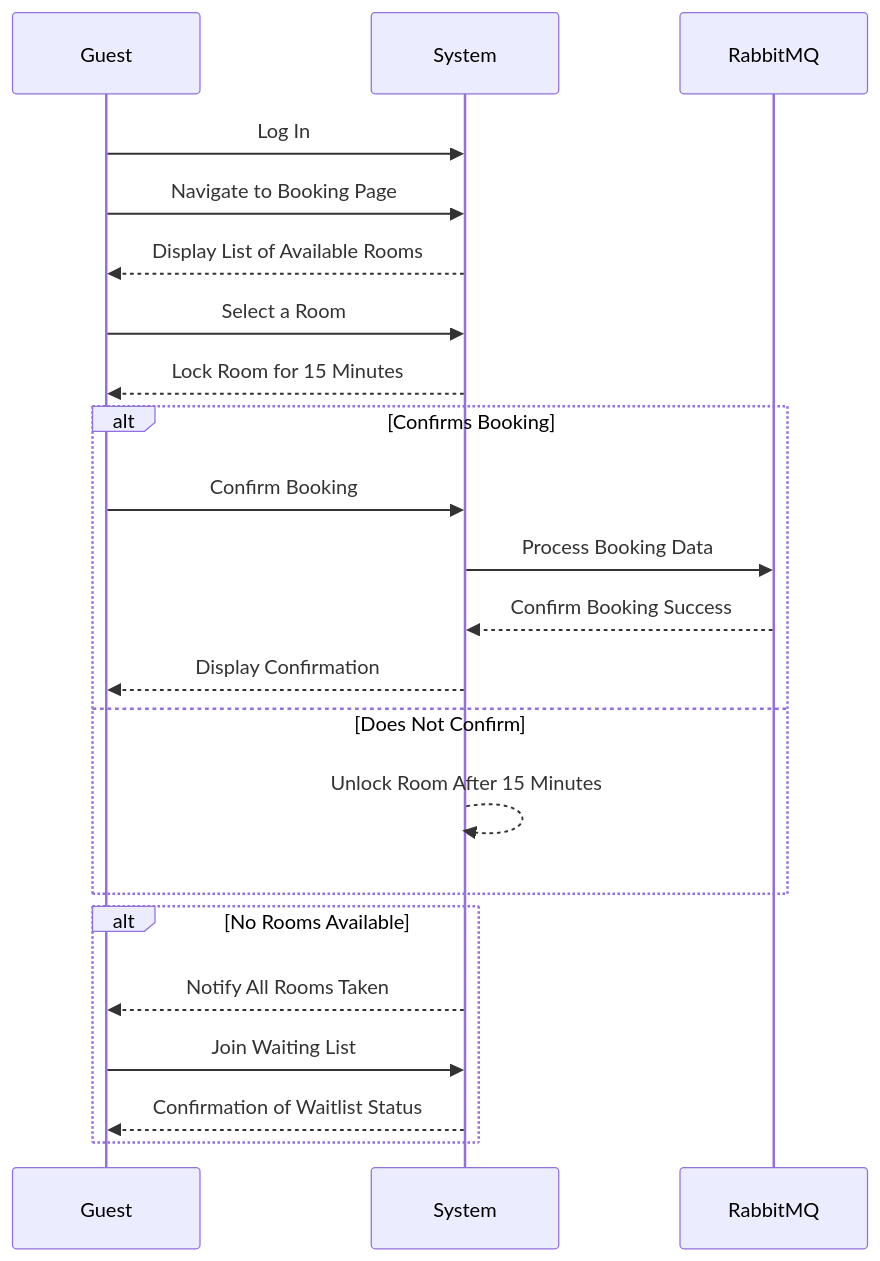
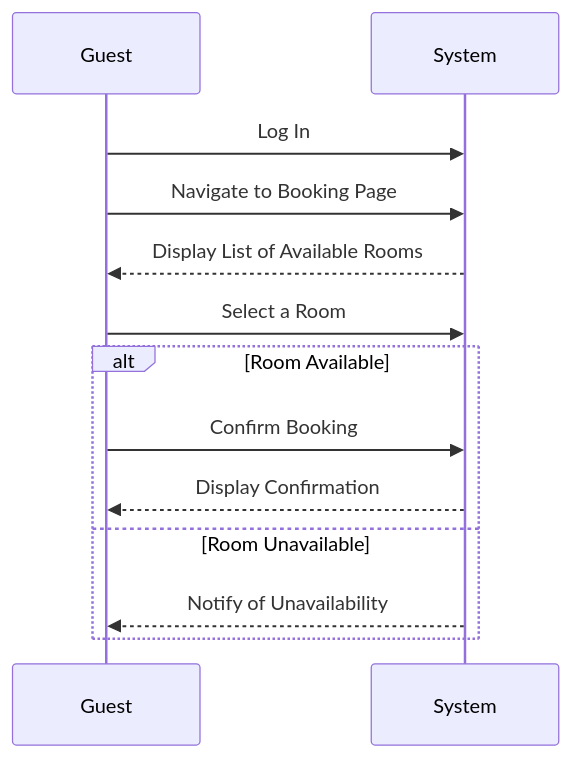
Before and after one commit to and1teachera/wedding-site: the eighth of 42 diagrams in docs/use_cases.md, drawn with Mermaid. The commit also changed other lines of this file and 3 other files, not shown here.

````diff
--- a/docs/use_cases.md
+++ b/docs/use_cases.md
@@ -331,25 +323,16 @@
 ``` mermaid
 sequenceDiagram
     participant Guest
     participant System
-    participant RabbitMQ
 
     Guest->>System: Log In
     Guest->>System: Navigate to Booking Page
     System-->>Guest: Display List of Available Rooms
     Guest->>System: Select a Room
-    System-->>Guest: Lock Room for 15 Minutes
-    alt Confirms Booking
+    alt Room Available
         Guest->>System: Confirm Booking
-        System->>RabbitMQ: Process Booking Data
-        RabbitMQ-->>System: Confirm Booking Success
         System-->>Guest: Display Confirmation
-    else Does Not Confirm
-        System-->>System: Unlock Room After 15 Minutes
-    end
-    alt No Rooms Available
-        System-->>Guest: Notify All Rooms Taken
-        Guest->>System: Join Waiting List
-        System-->>Guest: Confirmation of Waitlist Status
+    else Room Unavailable
+        System-->>Guest: Notify of Unavailability
     end
 ```
````
